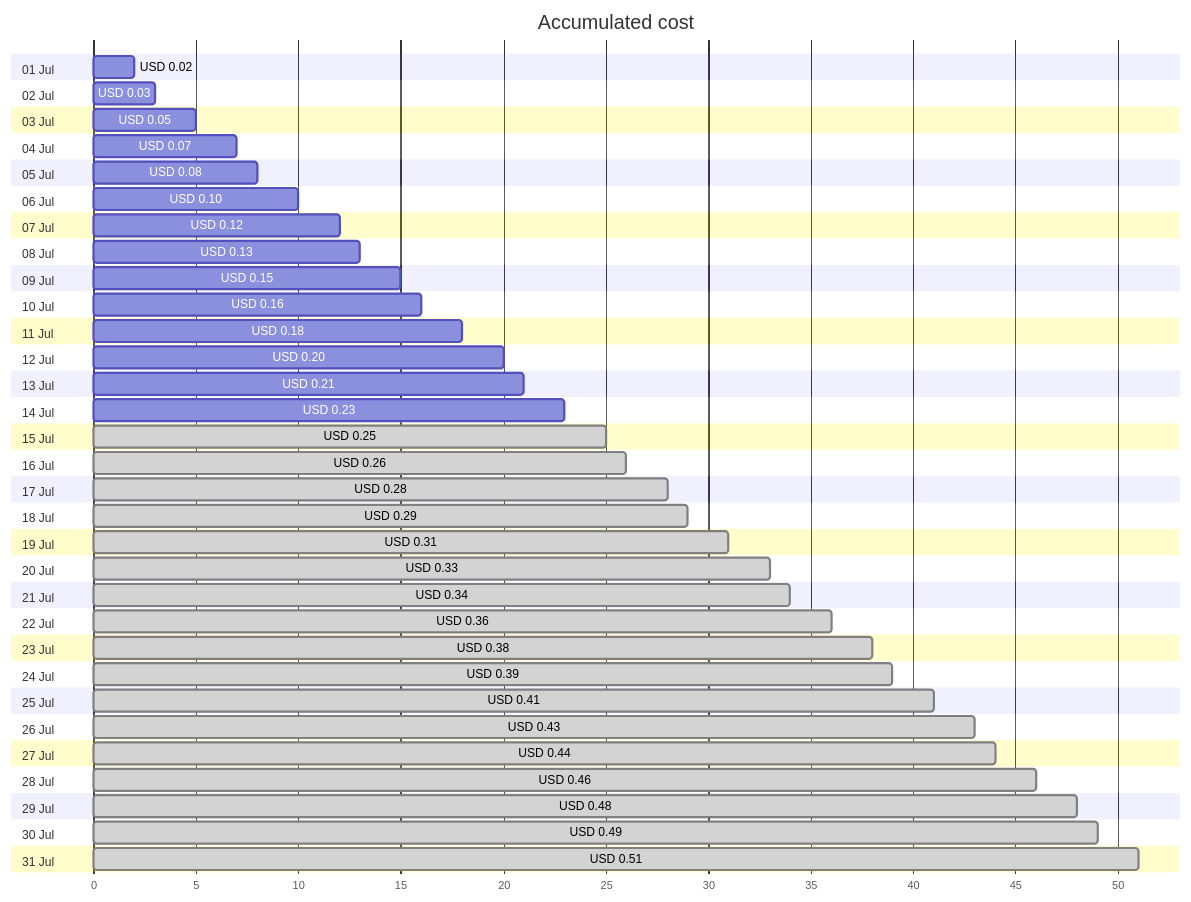
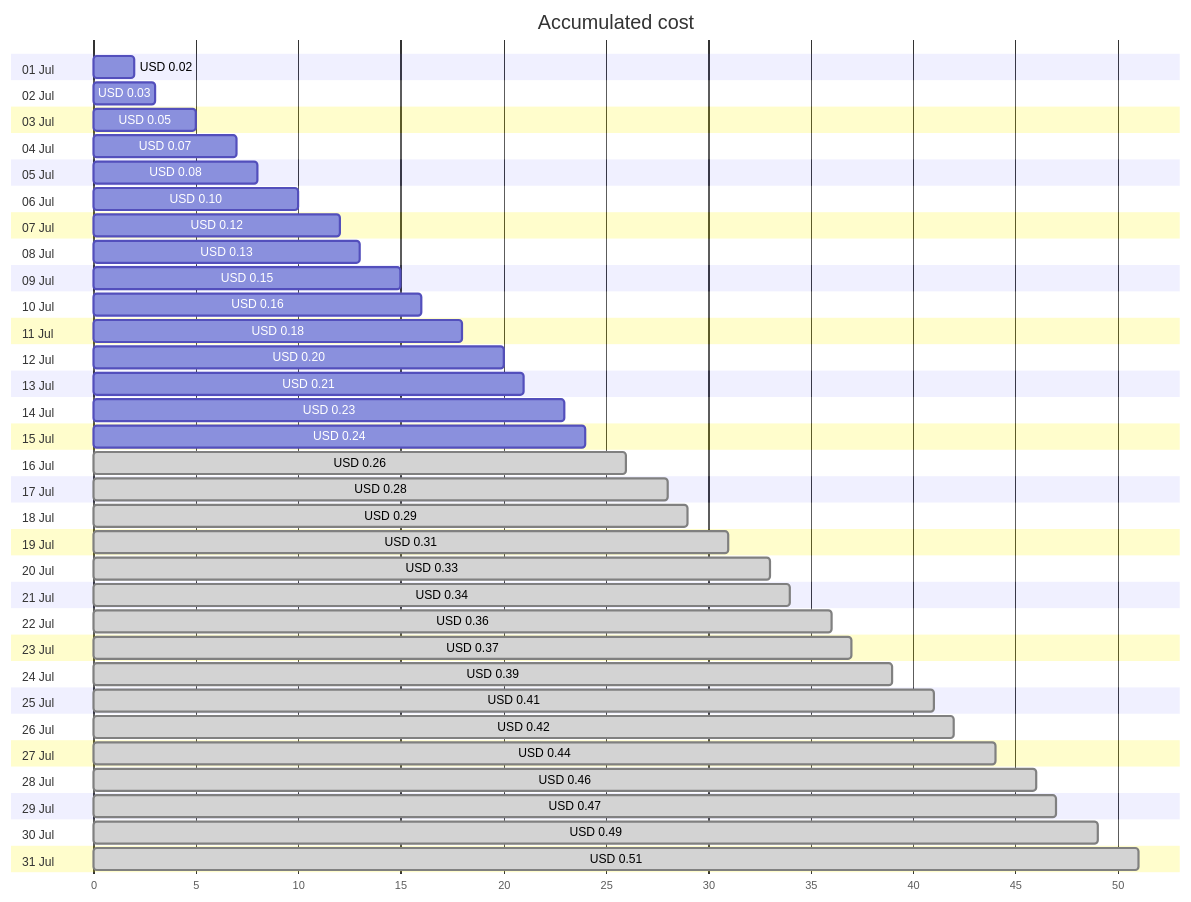
Before and after one commit to jpfulton/azure-personal-reports: the first of 4 diagrams in cost-reports/personal-dns/jpatrickfulton.com.md, drawn with Mermaid. The commit also changed other lines of this file and 2 other files, not shown here.

````diff
--- a/cost-reports/personal-dns/jpatrickfulton.com.md
+++ b/cost-reports/personal-dns/jpatrickfulton.com.md
@@ -20,68 +20,68 @@
 ```mermaid
 gantt
    title Accumulated cost
    dateFormat  X
    axisFormat %s
    section 01 Jul
    USD 0.02 :0, 2
    section 02 Jul
    USD 0.03 :0, 3
    section 03 Jul
    USD 0.05 :0, 5
    section 04 Jul
    USD 0.07 :0, 7
    section 05 Jul
    USD 0.08 :0, 8
    section 06 Jul
    USD 0.10 :0, 10
    section 07 Jul
    USD 0.12 :0, 12
    section 08 Jul
    USD 0.13 :0, 13
    section 09 Jul
    USD 0.15 :0, 15
    section 10 Jul
    USD 0.16 :0, 16
    section 11 Jul
    USD 0.18 :0, 18
    section 12 Jul
    USD 0.20 :0, 20
    section 13 Jul
    USD 0.21 :0, 21
    section 14 Jul
    USD 0.23 :0, 23
    section 15 Jul
-   USD 0.25 : done, 0, 25
+   USD 0.24 :0, 24
    section 16 Jul
    USD 0.26 : done, 0, 26
    section 17 Jul
    USD 0.28 : done, 0, 28
    section 18 Jul
    USD 0.29 : done, 0, 29
    section 19 Jul
    USD 0.31 : done, 0, 31
    section 20 Jul
    USD 0.33 : done, 0, 33
    section 21 Jul
    USD 0.34 : done, 0, 34
    section 22 Jul
    USD 0.36 : done, 0, 36
    section 23 Jul
-   USD 0.38 : done, 0, 38
+   USD 0.37 : done, 0, 37
    section 24 Jul
    USD 0.39 : done, 0, 39
    section 25 Jul
    USD 0.41 : done, 0, 41
    section 26 Jul
-   USD 0.43 : done, 0, 43
+   USD 0.42 : done, 0, 42
    section 27 Jul
    USD 0.44 : done, 0, 44
    section 28 Jul
    USD 0.46 : done, 0, 46
    section 29 Jul
-   USD 0.48 : done, 0, 48
+   USD 0.47 : done, 0, 47
    section 30 Jul
    USD 0.49 : done, 0, 49
    section 31 Jul
    USD 0.51 : done, 0, 51
 ```
````
